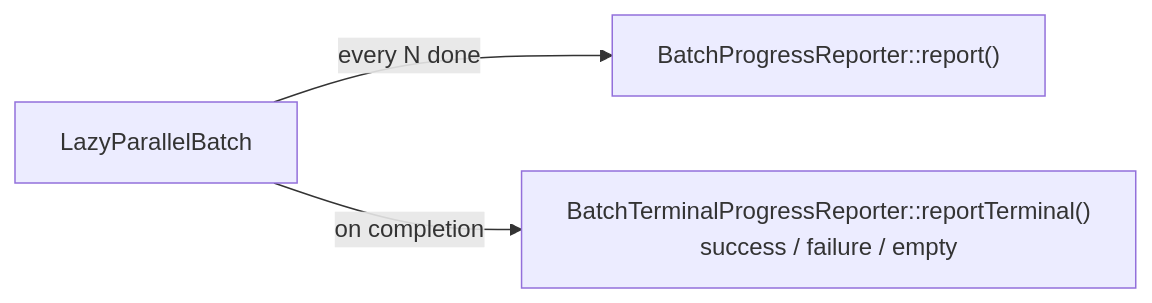
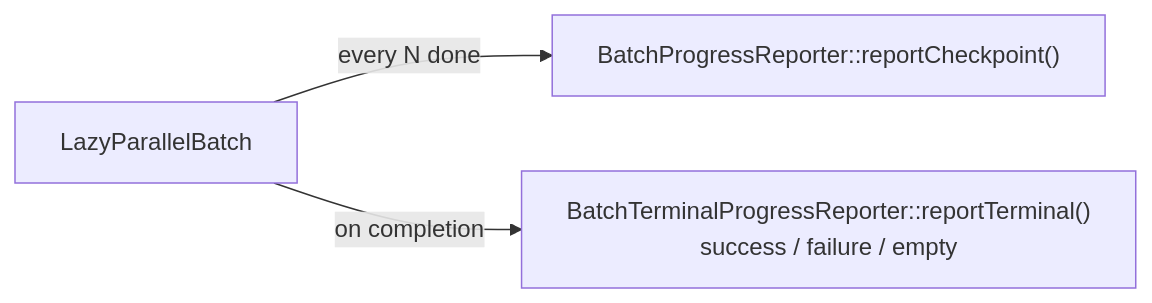
One commit to padosoft/eval-harness changed the second of 2 diagrams in docs-site/operations/batch-execution.mdx. Above: the diagram before and after it, drawn with Mermaid. The commit also changed 3 other files, not shown here.

````diff
--- a/docs-site/operations/batch-execution.mdx
+++ b/docs-site/operations/batch-execution.mdx
@@ -111,5 +111,5 @@
 ```mermaid
 flowchart LR
-    B[LazyParallelBatch] -->|every N done| PR["BatchProgressReporter::report()"]
+    B[LazyParallelBatch] -->|every N done| PR["BatchProgressReporter::reportCheckpoint()"]
     B -->|on completion| TR["BatchTerminalProgressReporter::reportTerminal()<br/>success / failure / empty"]
 ```
````
